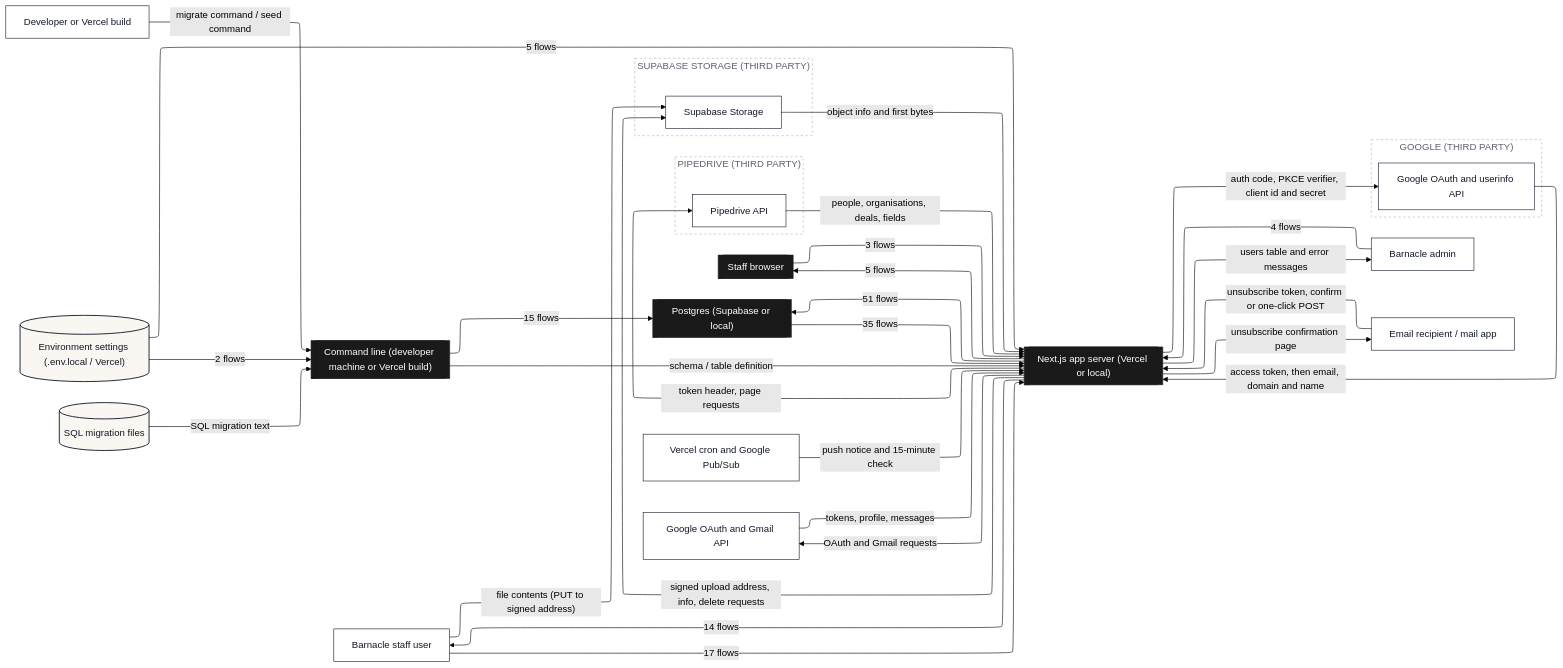
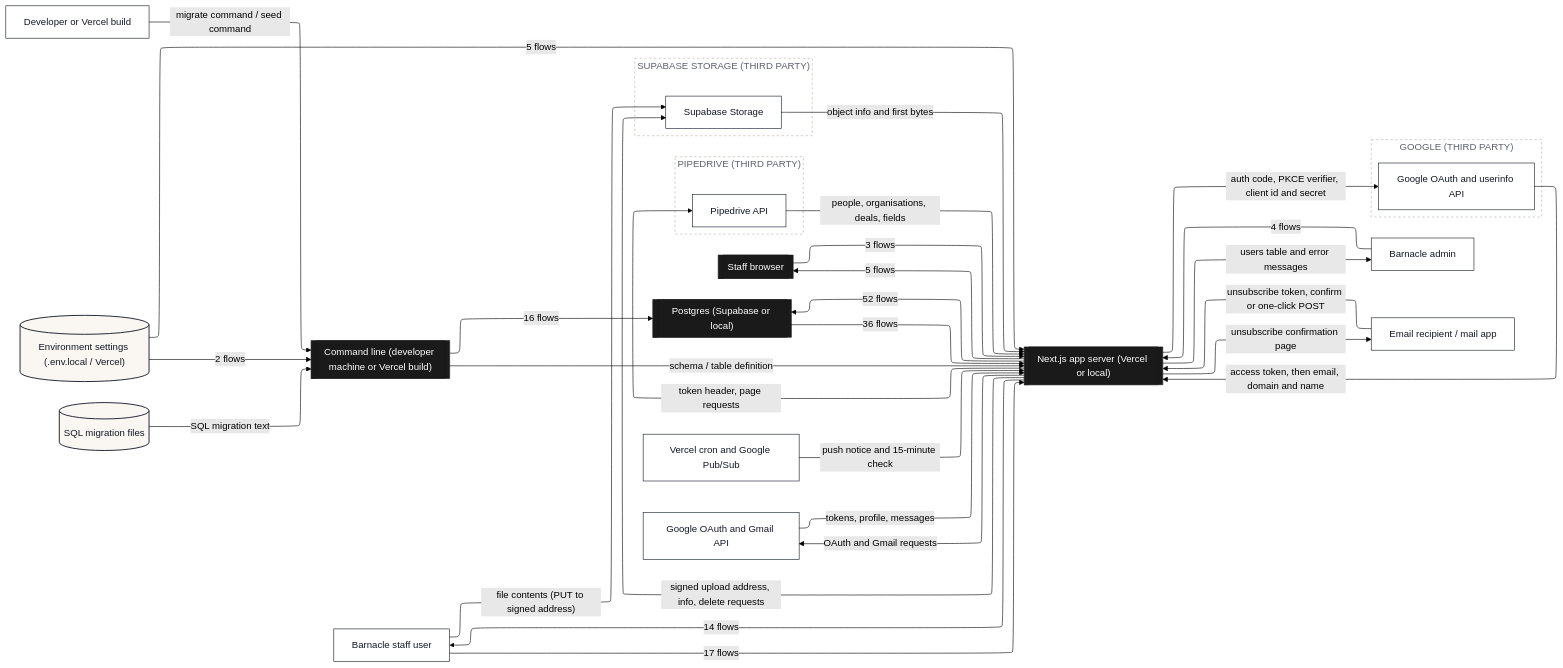
Before and after one commit to Romain-Perche/Barnacle-Pipe: the second of 16 diagrams in dataflow/DATAFLOW.md, drawn with Mermaid (forest theme). The commit also changed other lines of this file and 5 other files, not shown here.

````diff
--- a/dataflow/DATAFLOW.md
+++ b/dataflow/DATAFLOW.md
@@ -153,66 +153,66 @@
 ```mermaid
 ---
 config:
   layout: elk
 ---
 flowchart LR
     n1[["Next.js app server (Vercel or local)"]]
     n2[["Staff browser"]]
     n3[["Command line (developer machine or Vercel build)"]]
     n4[["Postgres (Supabase or local)"]]
     n5["Barnacle admin"]
     n6["Vercel cron and Google Pub/Sub"]
     n7["Developer or Vercel build"]
     n8["Email recipient / mail app"]
     n9[("Environment settings (.env.local / Vercel)")]
     n10["Google OAuth and Gmail API"]
     n11[("SQL migration files")]
     n12["Barnacle staff user"]
     subgraph z1["GOOGLE (THIRD PARTY)"]
         n13["Google OAuth and userinfo API"]
     end
     subgraph z2["PIPEDRIVE (THIRD PARTY)"]
         n14["Pipedrive API"]
     end
     subgraph z3["SUPABASE STORAGE (THIRD PARTY)"]
         n15["Supabase Storage"]
     end
-    n1 -->|"51 flows"| n4
+    n1 -->|"52 flows"| n4
     n1 -->|"14 flows"| n12
-    n4 -->|"35 flows"| n1
+    n4 -->|"36 flows"| n1
     n5 -->|"4 flows"| n1
     n2 -->|"3 flows"| n1
     n6 -->|"push notice and 15-minute check"| n1
     n7 -->|"migrate command / seed command"| n3
     n8 -->|"unsubscribe token, confirm or one-click POST"| n1
     n9 -->|"5 flows"| n1
     n9 -->|"2 flows"| n3
     n1 -->|"5 flows"| n2
     n1 -->|"signed upload address, info, delete requests"| n15
     n10 -->|"tokens, profile, messages"| n1
     n1 -->|"OAuth and Gmail requests"| n10
     n1 -->|"auth code, PKCE verifier, client id and secret"| n13
     n13 -->|"access token, then email, domain and name"| n1
-    n3 -->|"15 flows"| n4
+    n3 -->|"16 flows"| n4
     n3 -->|"schema / table definition"| n1
     n11 -->|"SQL migration text"| n3
     n14 -->|"people, organisations, deals, fields"| n1
     n1 -->|"token header, page requests"| n14
     n12 -->|"17 flows"| n1
     n12 -->|"file contents (PUT to signed address)"| n15
     n15 -->|"object info and first bytes"| n1
     n1 -->|"unsubscribe confirmation page"| n8
     n1 -->|"users table and error messages"| n5
     classDef actor fill:#FFFFFF,stroke:#111827,stroke-width:1px,color:#111827
     classDef process fill:#EDEAFF,stroke:#2B00FF,stroke-width:1.5px,color:#111827
     classDef store fill:#FAF6F1,stroke:#111827,stroke-width:1.5px,color:#111827
     classDef zone fill:#1A1A1A,stroke:#1A1A1A,color:#FFFFFF
     classDef group fill:#2B00FF,stroke:#2B00FF,color:#FFFFFF
     classDef stub fill:#FFFFFF,stroke:#2B00FF,stroke-width:1.5px,stroke-dasharray:5 4,color:#2B00FF
     class n5,n6,n7,n8,n10,n12,n13,n14,n15 actor
     class n9,n11 store
     class n1,n2,n3,n4 zone
     style z1 fill:#FFFFFF,stroke:#B9B2A8,stroke-dasharray:4 4,color:#5D6270
     style z2 fill:#FFFFFF,stroke:#B9B2A8,stroke-dasharray:4 4,color:#5D6270
     style z3 fill:#FFFFFF,stroke:#B9B2A8,stroke-dasharray:4 4,color:#5D6270
 ```
````
